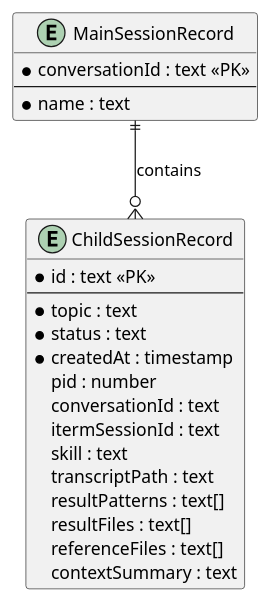
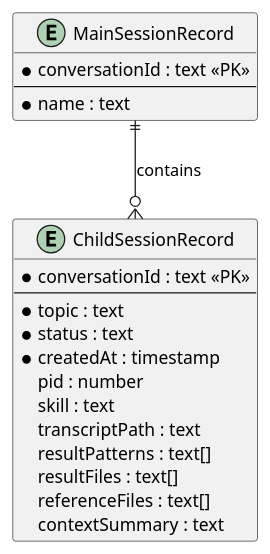
Before and after one commit to studykit/studykit-marketplace: the second of 6 diagrams in A4/co-think/2026-03-29-2100-agent-orchestrator.architecture.md, drawn with PlantUML. The commit also changed other lines of this file and 15 other files, not shown here.

First line of the commit message:
fix(A4): resolve architecture-implementation discrepancies and update docs

````diff
--- a/A4/co-think/2026-03-29-2100-agent-orchestrator.architecture.md
+++ b/A4/co-think/2026-03-29-2100-agent-orchestrator.architecture.md
@@ -73,28 +73,26 @@
 ```plantuml
 @startuml
 entity "MainSessionRecord" as main {
   *conversationId : text <<PK>>
   --
   *name : text
 }
 
 entity "ChildSessionRecord" as child {
-  *id : text <<PK>>
+  *conversationId : text <<PK>>
   --
   *topic : text
   *status : text
   *createdAt : timestamp
   pid : number
-  conversationId : text
-  itermSessionId : text
   skill : text
   transcriptPath : text
   resultPatterns : text[]
   resultFiles : text[]
   referenceFiles : text[]
   contextSummary : text
 }
 
 main ||--o{ child : contains
 @enduml
 ```
````
